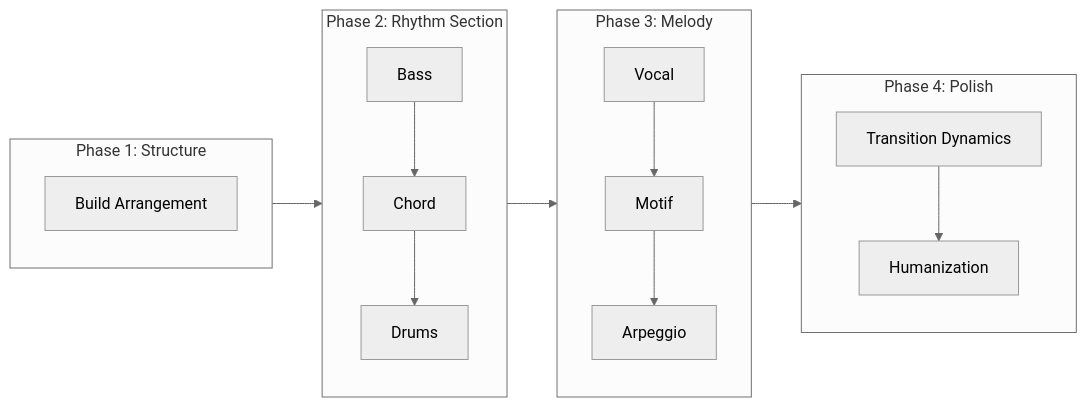
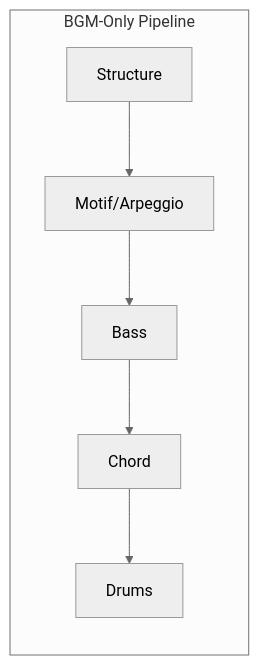
The second of 7 diagrams in src/docs/generation-pipeline.md (libraz/midi-sketch-homepage), drawn with Mermaid (neutral theme) before and after one commit. The commit also changed other lines of this file and 16 other files, not shown here.

````diff
--- a/src/docs/generation-pipeline.md
+++ b/src/docs/generation-pipeline.md
@@ -7,22 +33,9 @@
 ```mermaid
 flowchart LR
-    subgraph Phase1 [Phase 1: Structure]
-        P1[Build Arrangement]
+    subgraph BGMMode [BGM-Only Pipeline]
+        B1[Structure] --> B2[Motif/Arpeggio]
+        B2 --> B3[Bass]
+        B3 --> B4[Chord]
+        B4 --> B5[Drums]
     end
-
-    subgraph Phase2 [Phase 2: Rhythm Section]
-        P2A[Bass] --> P2B[Chord]
-        P2B --> P2C[Drums]
-    end
-
-    subgraph Phase3 [Phase 3: Melody]
-        P3A[Vocal] --> P3B[Motif]
-        P3B --> P3C[Arpeggio]
-    end
-
-    subgraph Phase4 [Phase 4: Polish]
-        P4A[Transition Dynamics] --> P4B[Humanization]
-    end
-
-    Phase1 --> Phase2 --> Phase3 --> Phase4
 ```
````
